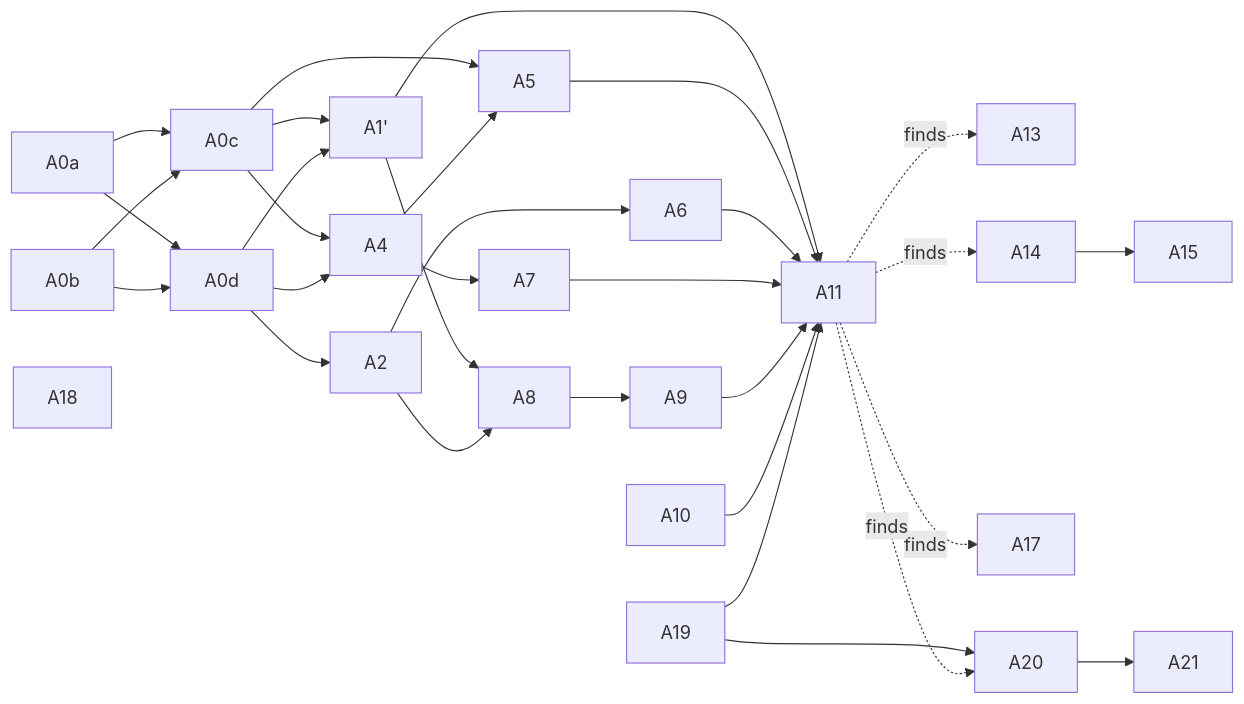
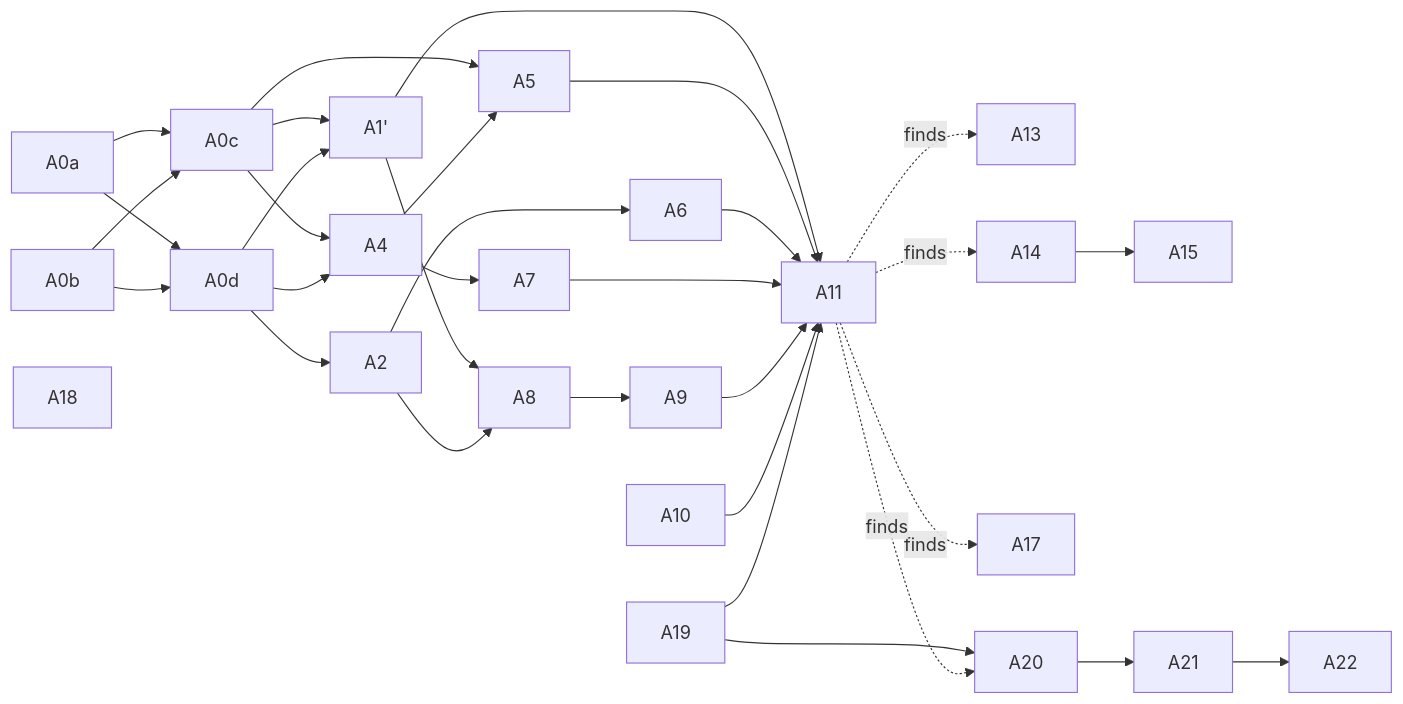
The diagram in docs/specs/automations/tickets/README.md (Rainnystone/larkent), drawn with Mermaid before and after one commit. The commit also changed other lines of this file and 2 other files, not shown here.

Commit message:
docs(automations): add A22 keep one-shot card body after settle (amends A20 (d))

````diff
--- a/docs/specs/automations/tickets/README.md
+++ b/docs/specs/automations/tickets/README.md
@@ -50,30 +51,31 @@
 ```mermaid
 graph LR
   A0a --> A0c
   A0b --> A0c
   A0a --> A0d
   A0b --> A0d
   A0c --> A1p["A1'"]
   A0d --> A1p
   A0d --> A2
   A0c --> A4
   A0d --> A4
   A0c --> A5
   A4 --> A5
   A2 --> A6
   A4 --> A7
   A1p --> A8
   A2 --> A8
   A8 --> A9
   A10
   A1p & A5 & A6 & A7 & A9 & A10 --> A11
   A11 -.finds.-> A13
   A11 -.finds.-> A14
   A14 --> A15
   A11 -.finds.-> A17
   A18
   A19 --> A11
   A19 --> A20
   A11 -.finds.-> A20
   A20 --> A21
+  A21 --> A22
 ```
````
